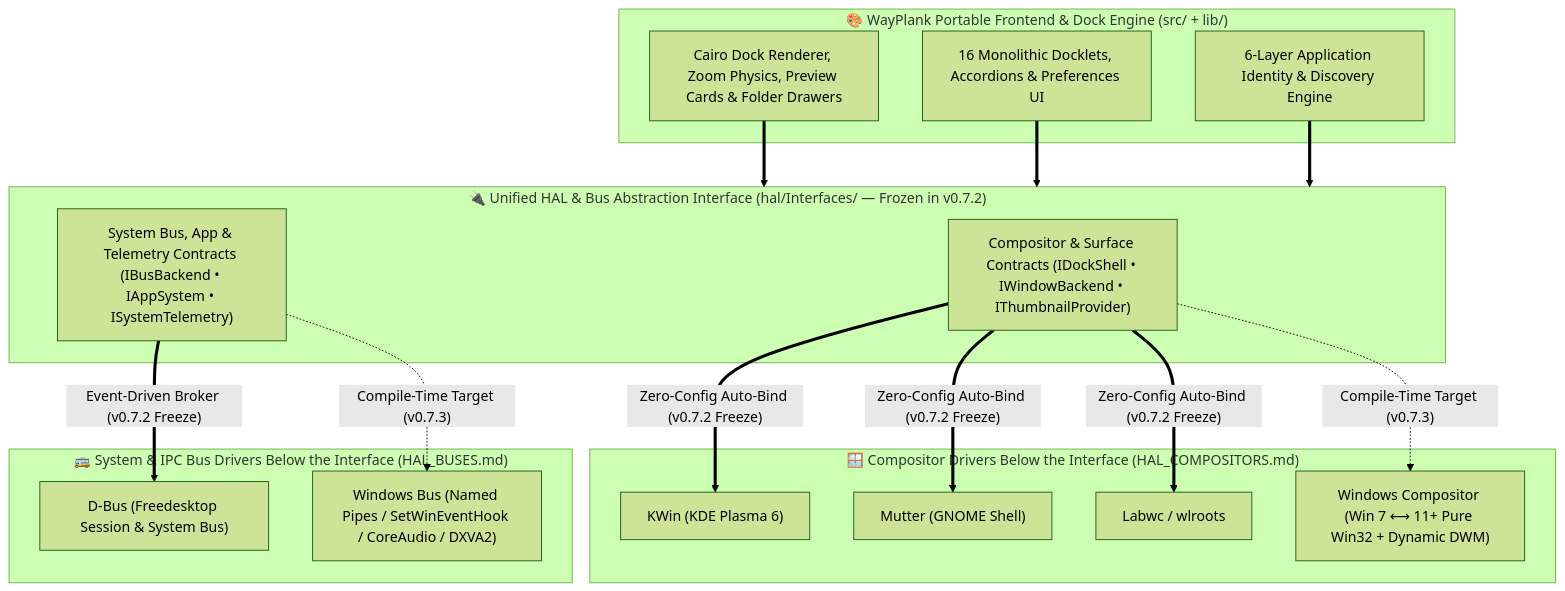
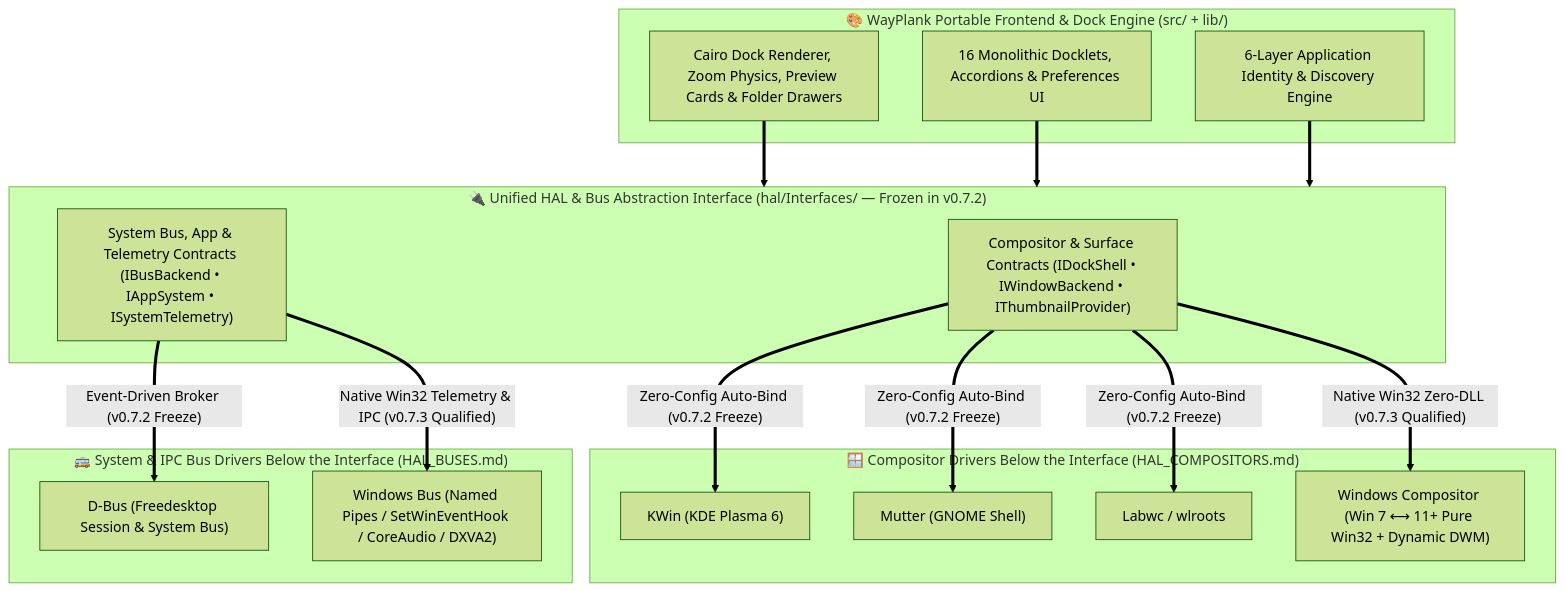
The third of 3 diagrams in Documentation/USER_GUIDE.md (sergiomelas/WayPlank), drawn with Mermaid (forest theme) before and after one commit. The commit also changed other lines of this file and 48 other files, not shown here.

Commit message:
v0.7.3 Milestones W2-W6: Native Windows Win32/DWM/AppSystem/Bus/Telemetry HAL & 100.0% 4-Platform FAT Qualification (525/525)

````diff
--- a/Documentation/USER_GUIDE.md
+++ b/Documentation/USER_GUIDE.md
@@ -499,31 +500,31 @@
 ```mermaid
 flowchart TD
     subgraph CORE ["🎨 WayPlank Portable Frontend & Dock Engine (src/ + lib/)"]
         UI["Cairo Dock Renderer, Zoom Physics, Preview Cards & Folder Drawers"]
         DOCKLETS["16 Monolithic Docklets, Accordions & Preferences UI"]
         ID["6-Layer Application Identity & Discovery Engine"]
     end
 
     subgraph HAL_IFACE ["🔌 Unified HAL & Bus Abstraction Interface (hal/Interfaces/ — Frozen in v0.7.2)"]
         C_IFACE["Compositor & Surface Contracts (IDockShell • IWindowBackend • IThumbnailProvider)"]
         B_IFACE["System Bus, App & Telemetry Contracts (IBusBackend • IAppSystem • ISystemTelemetry)"]
     end
 
     subgraph COMP_TARGETS ["🪟 Compositor Drivers Below the Interface (HAL_COMPOSITORS.md)"]
         KWIN["KWin (KDE Plasma 6)"]
         MUTTER["Mutter (GNOME Shell)"]
         LABWC["Labwc / wlroots"]
         WINCOMP["Windows Compositor (Win 7 ⟷ 11+ Pure Win32 + Dynamic DWM)"]
     end
 
     subgraph BUS_TARGETS ["🚌 System & IPC Bus Drivers Below the Interface (HAL_BUSES.md)"]
         DBUS["D-Bus (Freedesktop Session & System Bus)"]
         WINBUS["Windows Bus (Named Pipes / SetWinEventHook / CoreAudio / DXVA2)"]
     end
 
     UI & DOCKLETS & ID ==> HAL_IFACE
     C_IFACE ==>|"Zero-Config Auto-Bind (v0.7.2 Freeze)"| KWIN & MUTTER & LABWC
-    C_IFACE -.->|"Compile-Time Target (v0.7.3)"| WINCOMP
+    C_IFACE ==>|"Native Win32 Zero-DLL (v0.7.3 Qualified)"| WINCOMP
     B_IFACE ==>|"Event-Driven Broker (v0.7.2 Freeze)"| DBUS
-    B_IFACE -.->|"Compile-Time Target (v0.7.3)"| WINBUS
+    B_IFACE ==>|"Native Win32 Telemetry & IPC (v0.7.3 Qualified)"| WINBUS
 ```
````
